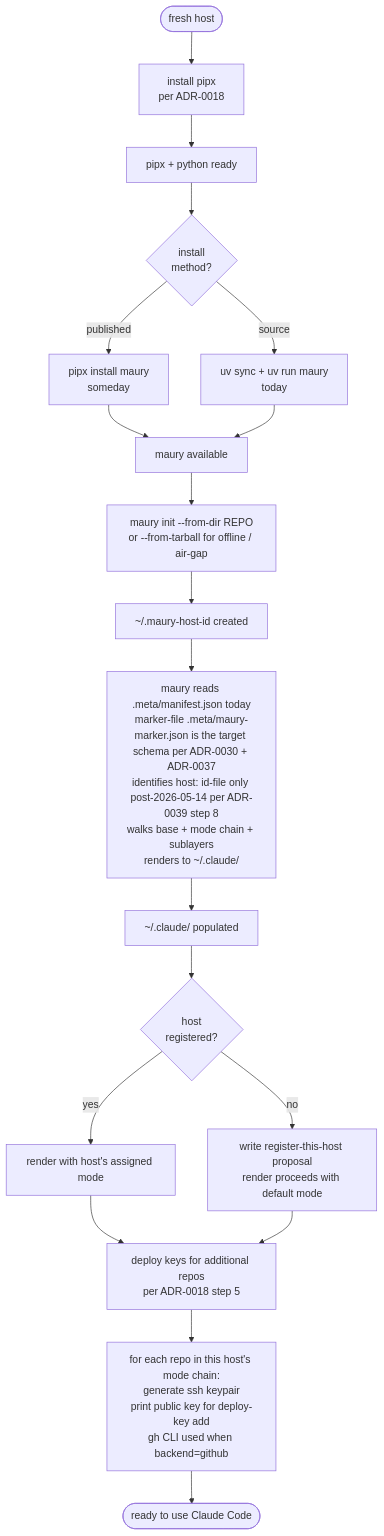
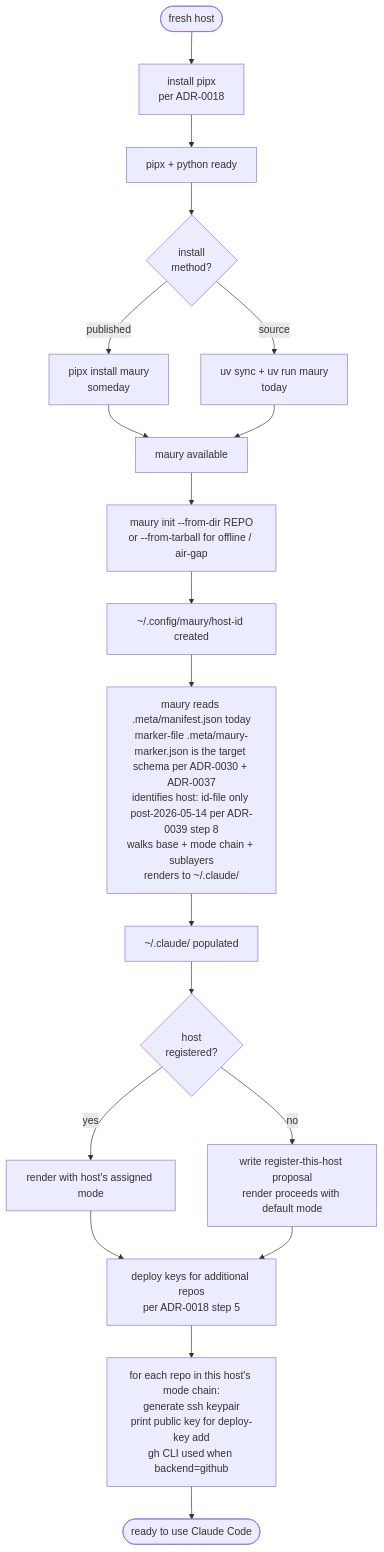
The first of 4 diagrams in docs/workflow.md (csmarshall/maury), drawn with Mermaid before and after one commit. The commit also changed other lines of this file and 31 other files, not shown here.

````diff
--- a/docs/workflow.md
+++ b/docs/workflow.md
@@ -34,21 +34,21 @@
 ```mermaid
 flowchart TD
     Fresh([fresh host]) --> Pipx[install pipx<br/>per ADR-0018]
     Pipx --> Ready[pipx + python ready]
     Ready --> Install{install<br/>method?}
     Install -->|published| Pip[pipx install maury<br/>someday]
     Install -->|source| UV[uv sync + uv run maury<br/>today]
     Pip --> Avail[maury available]
     UV --> Avail
     Avail --> Init[maury init --from-dir REPO<br/>or --from-tarball for offline / air-gap]
-    Init --> HostID[~/.maury-host-id created]
+    Init --> HostID[~/.config/maury/host-id created]
     HostID --> Read[maury reads .meta/manifest.json today<br/>marker-file .meta/maury-marker.json is the target schema per ADR-0030 + ADR-0037<br/>identifies host: id-file only post-2026-05-14 per ADR-0039 step 8<br/>walks base + mode chain + sublayers<br/>renders to ~/.claude/]
     Read --> Populated[~/.claude/ populated]
     Populated --> Reg{host<br/>registered?}
     Reg -->|yes| Assigned[render with host's assigned mode]
     Reg -->|no| ProposeReg[write register-this-host proposal<br/>render proceeds with default mode]
     Assigned --> Keys[deploy keys for additional repos<br/>per ADR-0018 step 5]
     ProposeReg --> Keys
     Keys --> KeysLoop[for each repo in this host's mode chain:<br/>generate ssh keypair<br/>print public key for deploy-key add<br/>gh CLI used when backend=github]
     KeysLoop --> Done([ready to use Claude Code])
 ```
````
